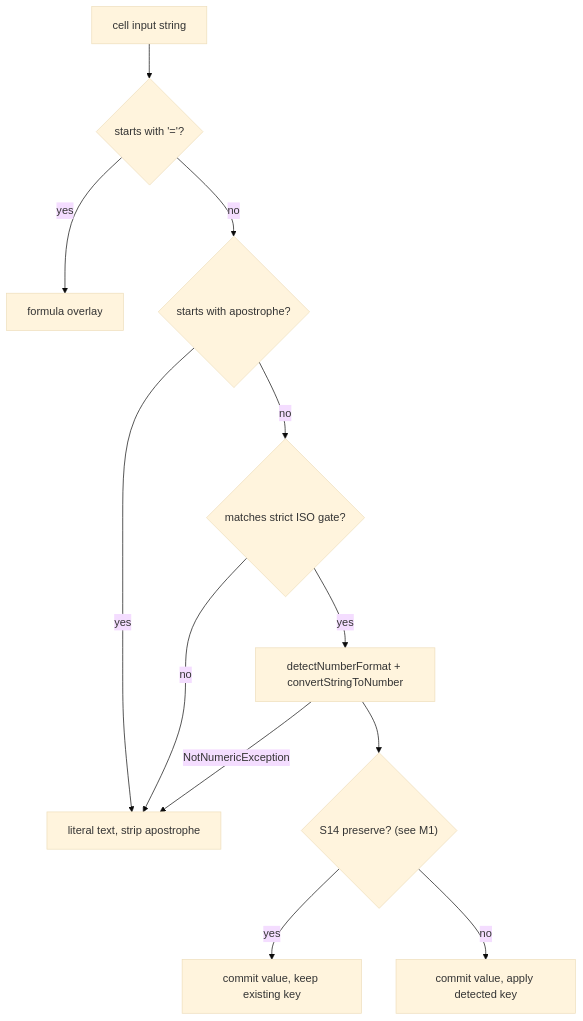
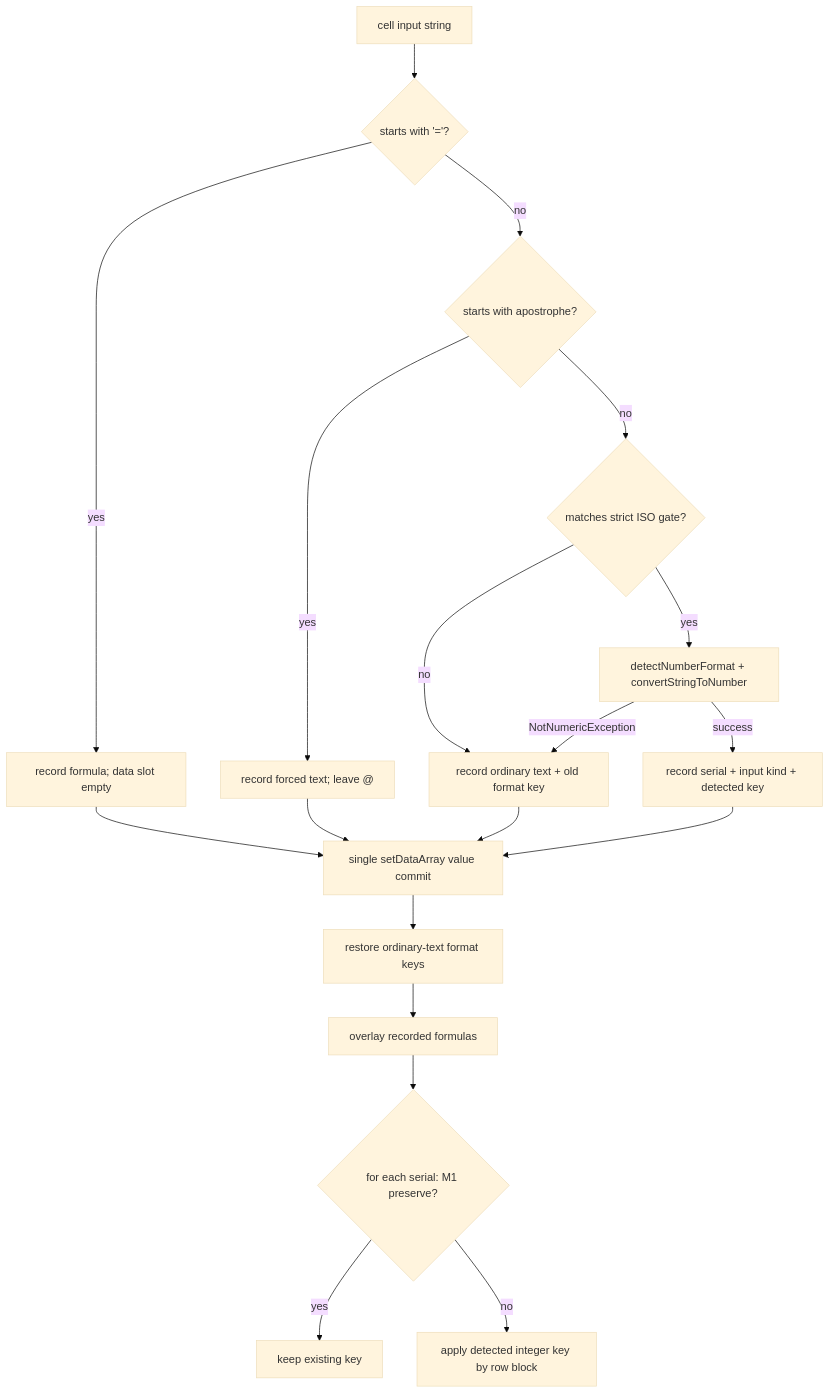
The diagram in docs/calc-date-time-handling.md (KeithCu/writeragent), drawn with Mermaid (base theme) before and after one commit. The commit also changed other lines of this file and 6 other files, not shown here.

````diff
--- a/docs/calc-date-time-handling.md
+++ b/docs/calc-date-time-handling.md
@@ -629,14 +636,21 @@
 ```mermaid
 flowchart TD
     Start["cell input string"] --> IsFormula{"starts with '='?"}
-    IsFormula -->|yes| FormulaPass["formula overlay"]
+    IsFormula -->|yes| RecordFormula["record formula; data slot empty"]
     IsFormula -->|no| IsEscaped{"starts with apostrophe?"}
-    IsEscaped -->|yes| TextPass["literal text, strip apostrophe"]
+    IsEscaped -->|yes| ForcedText["record forced text; leave @"]
     IsEscaped -->|no| Gate{"matches strict ISO gate?"}
-    Gate -->|no| TextPass
+    Gate -->|no| OrdinaryText["record ordinary text + old format key"]
     Gate -->|yes| Detect["detectNumberFormat + convertStringToNumber"]
-    Detect -->|NotNumericException| TextPass
-    Detect --> Existing{"S14 preserve? (see M1)"}
-    Existing -->|yes| KeepFormat["commit value, keep existing key"]
-    Existing -->|no| ApplyDetected["commit value, apply detected key"]
+    Detect -->|NotNumericException| OrdinaryText
+    Detect -->|success| Serial["record serial + input kind + detected key"]
+    RecordFormula --> Commit["single setDataArray value commit"]
+    ForcedText --> Commit
+    OrdinaryText --> Commit
+    Serial --> Commit
+    Commit --> Restore["restore ordinary-text format keys"]
+    Restore --> FormulaPass["overlay recorded formulas"]
+    FormulaPass --> Existing{"for each serial: M1 preserve?"}
+    Existing -->|yes| KeepFormat["keep existing key"]
+    Existing -->|no| ApplyDetected["apply detected integer key by row block"]
 ```
````
